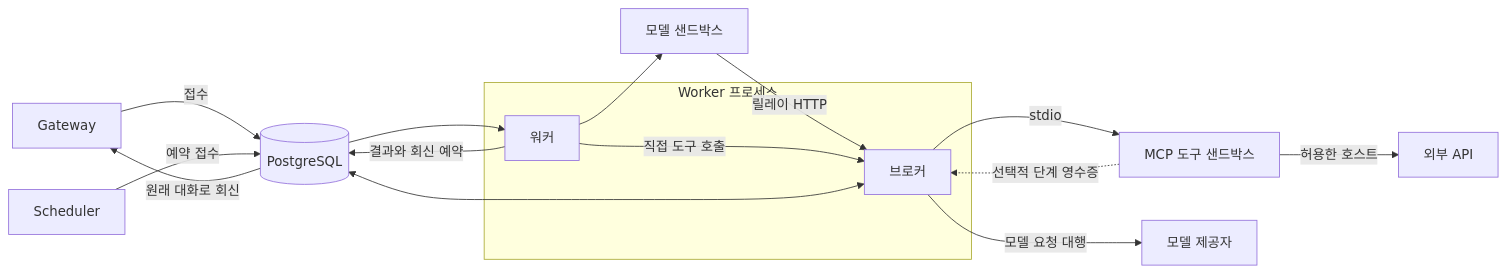
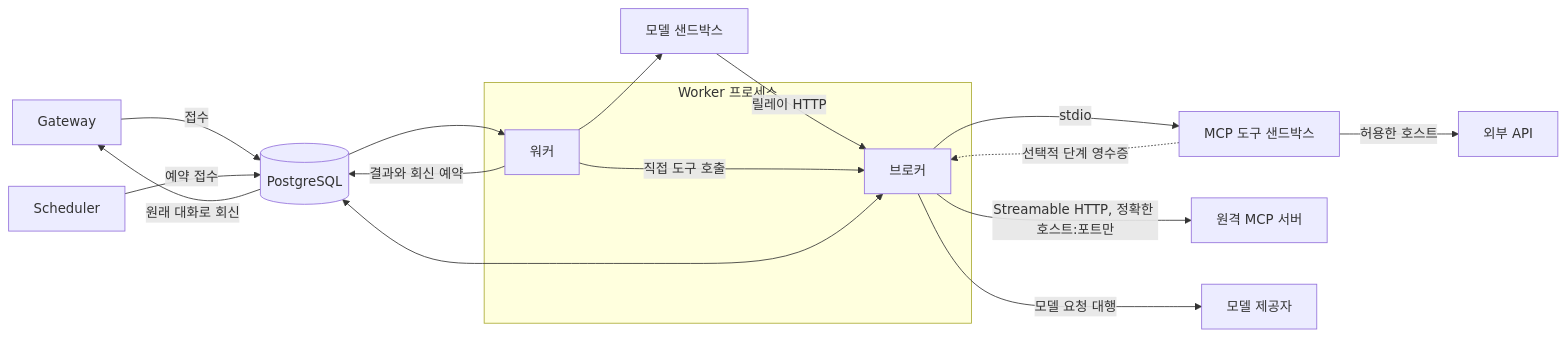
Before and after one commit to lee-lou2/bot-framework: the diagram in docs/architecture.md, drawn with Mermaid. The commit also changed other lines of this file and 147 other files, not shown here.

````diff
--- a/docs/architecture.md
+++ b/docs/architecture.md
@@ -5,20 +5,21 @@
 ```mermaid
 flowchart LR
   G[Gateway] -->|접수| D[(PostgreSQL)]
   S[Scheduler] -->|예약 접수| D
   subgraph worker [Worker 프로세스]
     W[워커]
     B[브로커]
   end
   D --> W
   W --> A[모델 샌드박스]
   A -->|릴레이 HTTP| B
   W -->|직접 도구 호출| B
   B -->|stdio| P[MCP 도구 샌드박스]
+  B -->|Streamable HTTP, 정확한 호스트:포트만| R[원격 MCP 서버]
   P -->|허용한 호스트| E[외부 API]
   P -. 선택적 단계 영수증 .-> B
   B -->|모델 요청 대행| M[모델 제공자]
   B <--> D
   W -->|결과와 회신 예약| D
   D -->|원래 대화로 회신| G
 ```
````
